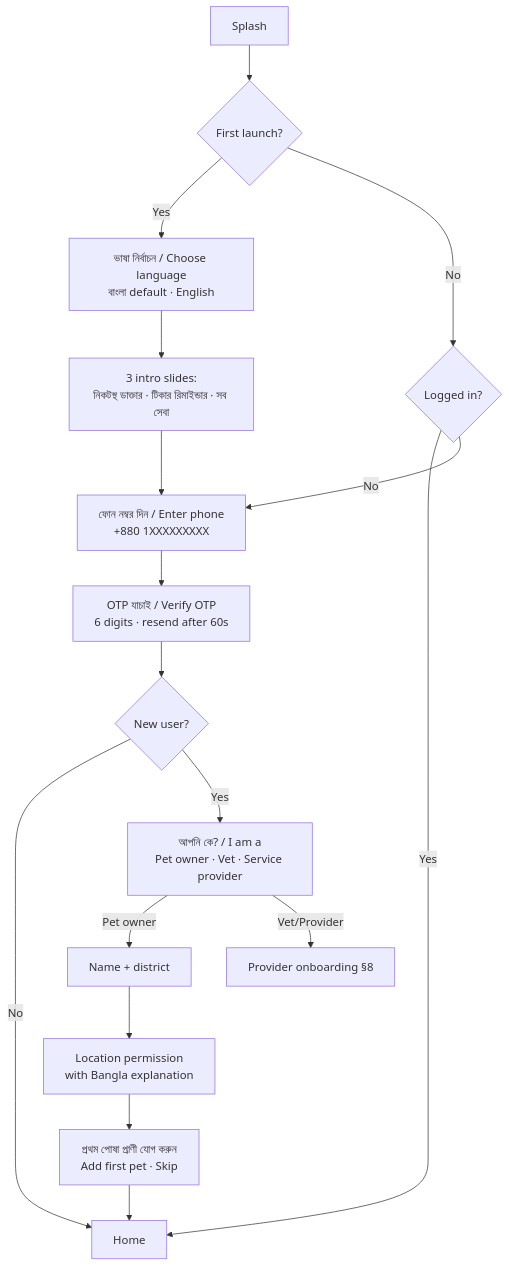
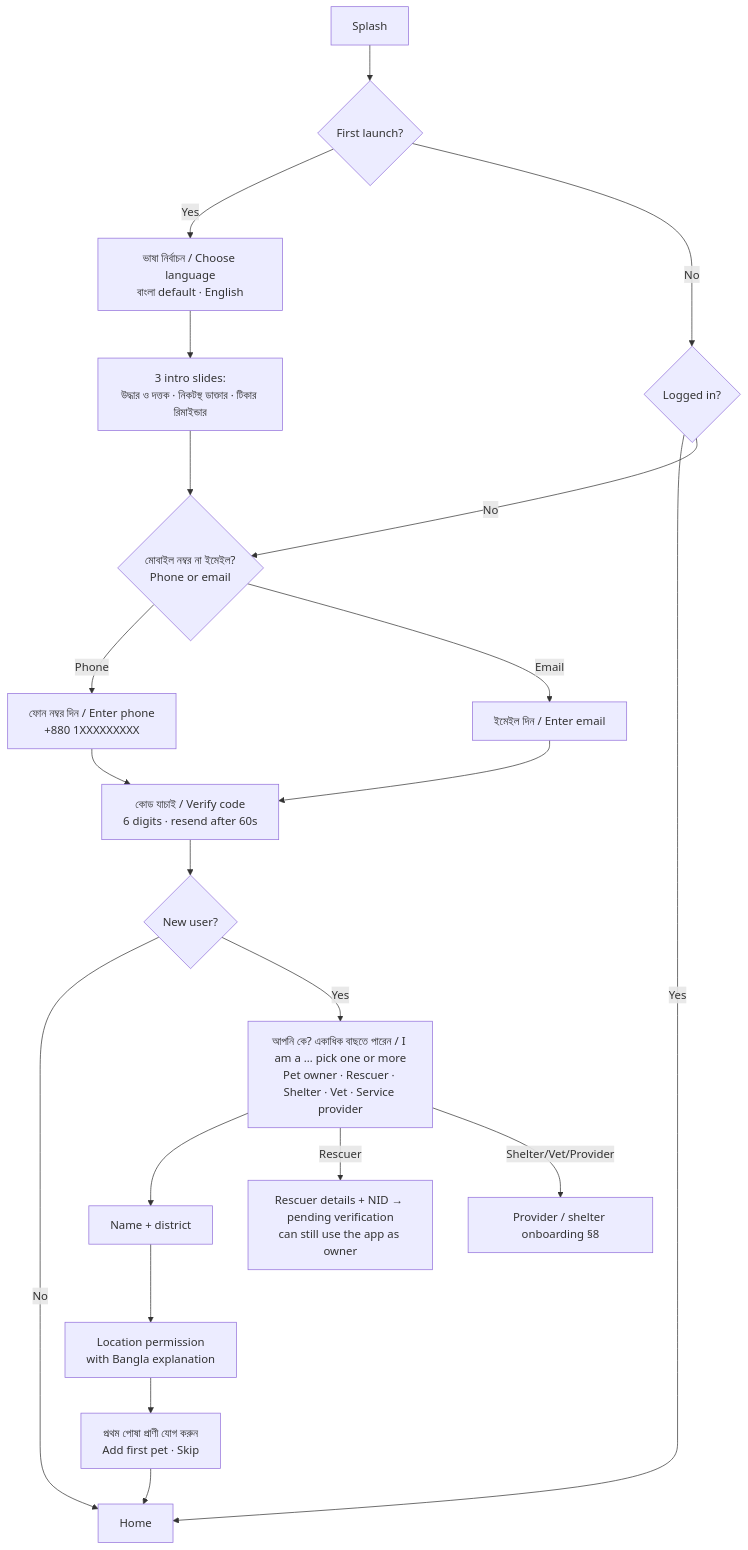
Before and after one commit to afridi2003-maverick/Pranora: the first of 8 diagrams in docs/app-flow.md, drawn with Mermaid. The commit also changed other lines of this file and 9 other files, not shown here.

````diff
--- a/docs/app-flow.md
+++ b/docs/app-flow.md
@@ -33,19 +44,22 @@
 ```mermaid
 flowchart TD
   S[Splash] --> L{First launch?}
   L -- Yes --> LANG[ভাষা নির্বাচন / Choose language<br/>বাংলা default · English]
-  LANG --> INTRO[3 intro slides:<br/>নিকটস্থ ডাক্তার · টিকার রিমাইন্ডার · সব সেবা]
-  INTRO --> PHONE
+  LANG -->   INTRO[3 intro slides:<br/>উদ্ধার ও দত্তক · নিকটস্থ ডাক্তার · টিকার রিমাইন্ডার]
+  INTRO --> METHOD
   L -- No --> SESS{Logged in?}
   SESS -- Yes --> HOME[Home]
-  SESS -- No --> PHONE[ফোন নম্বর দিন / Enter phone<br/>+880 1XXXXXXXXX]
-  PHONE --> OTP[OTP যাচাই / Verify OTP<br/>6 digits · resend after 60s]
+  SESS -- No --> METHOD{মোবাইল নম্বর না ইমেইল?<br/>Phone or email}
+  METHOD -- Phone --> PHONE[ফোন নম্বর দিন / Enter phone<br/>+880 1XXXXXXXXX]
+  METHOD -- Email --> EMAIL[ইমেইল দিন / Enter email]
+  PHONE & EMAIL --> OTP[কোড যাচাই / Verify code<br/>6 digits · resend after 60s]
   OTP --> NEW{New user?}
   NEW -- No --> HOME
-  NEW -- Yes --> ROLE[আপনি কে? / I am a<br/>Pet owner · Vet · Service provider]
-  ROLE -- Pet owner --> NAME[Name + district]
+  NEW -- Yes --> ROLE[আপনি কে? একাধিক বাছতে পারেন / I am a … pick one or more<br/>Pet owner · Rescuer · Shelter · Vet · Service provider]
+  ROLE --> NAME[Name + district]
   NAME --> LOC[Location permission<br/>with Bangla explanation]
   LOC --> ADDPET[প্রথম পোষা প্রাণী যোগ করুন<br/>Add first pet · Skip]
   ADDPET --> HOME
-  ROLE -- Vet/Provider --> PROV[Provider onboarding §8]
+  ROLE -- Rescuer --> RV[Rescuer details + NID → pending verification<br/>can still use the app as owner]
+  ROLE -- Shelter/Vet/Provider --> PROV[Provider / shelter onboarding §8]
 ```
````
